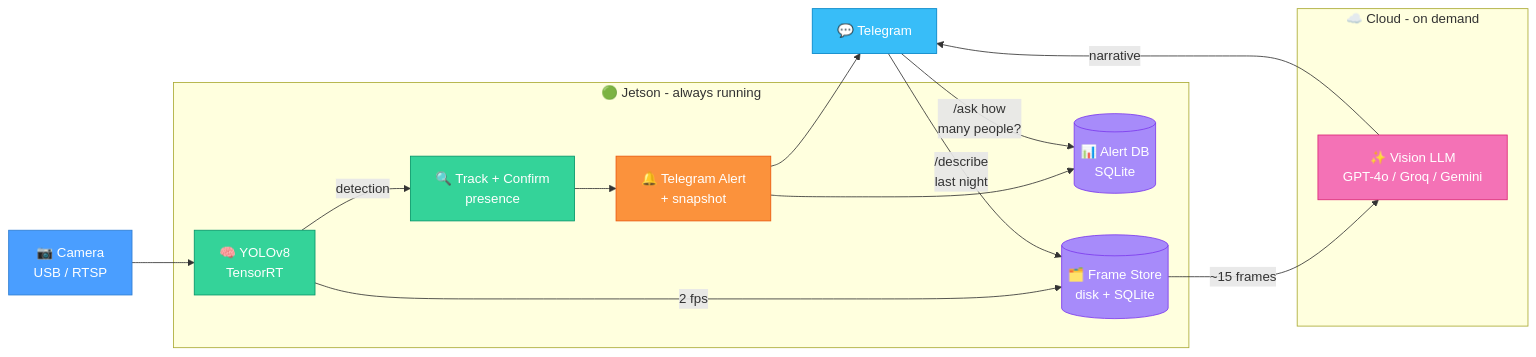
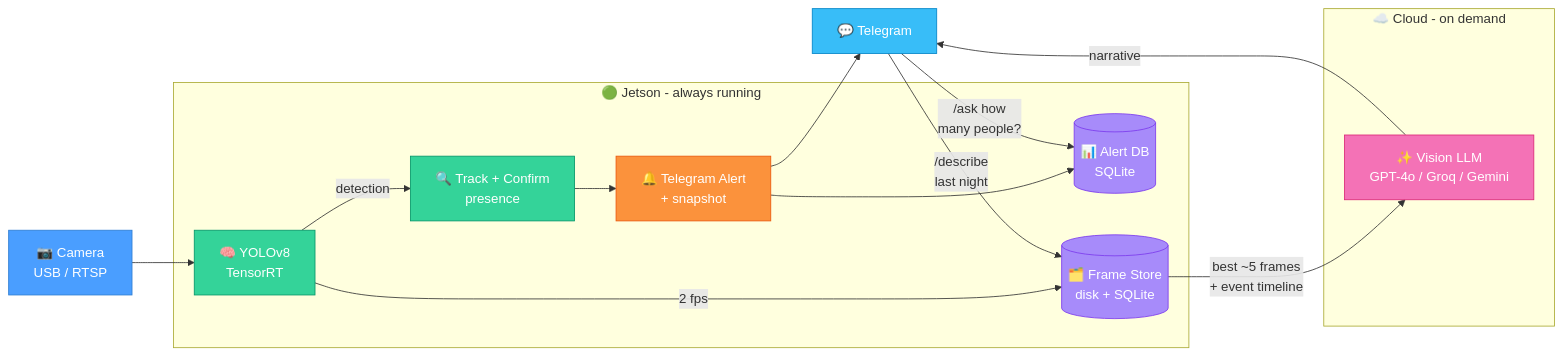
One commit to ajmalrasi/jetson-yolo-alert changed the diagram in README.md. Above: the diagram before and after it, drawn with Mermaid. The commit also changed 8 other files, not shown here.

First line of the commit message:
docs: fix documentation audit issues, add smart sampling + event timeline

````diff
--- a/README.md
+++ b/README.md
@@ -41,34 +41,34 @@
 ```mermaid
 flowchart LR
     cam["📷 Camera\nUSB / RTSP"]:::input
 
     subgraph jetson [🟢 Jetson - always running]
         yolo["🧠 YOLOv8\nTensorRT"]:::detect
         track["🔍 Track + Confirm\npresence"]:::detect
         alert["🔔 Telegram Alert\n+ snapshot"]:::alertNode
         alertdb[("📊 Alert DB\nSQLite")]:::store
         frames[("🗂️ Frame Store\ndisk + SQLite")]:::store
     end
 
     subgraph cloud [☁️ Cloud - on demand]
         vlm["✨ Vision LLM\nGPT-4o / Groq / Gemini"]:::vlmNode
     end
 
     tg["💬 Telegram"]:::tgNode
 
     cam --> yolo
     yolo -->|"detection"| track --> alert --> tg
     alert --> alertdb
     yolo -->|"2 fps"| frames
     tg -->|"/describe\nlast night"| frames
-    frames -->|"~15 frames"| vlm
+    frames -->|"best ~5 frames\n+ event timeline"| vlm
     vlm -->|"narrative"| tg
     tg -->|"/ask how\nmany people?"| alertdb
 
     classDef input fill:#4a9eff,stroke:#2d7dd2,color:#fff
     classDef detect fill:#34d399,stroke:#059669,color:#fff
     classDef alertNode fill:#fb923c,stroke:#ea580c,color:#fff
     classDef store fill:#a78bfa,stroke:#7c3aed,color:#fff
     classDef vlmNode fill:#f472b6,stroke:#db2777,color:#fff
     classDef tgNode fill:#38bdf8,stroke:#0284c7,color:#fff
 ```
````
